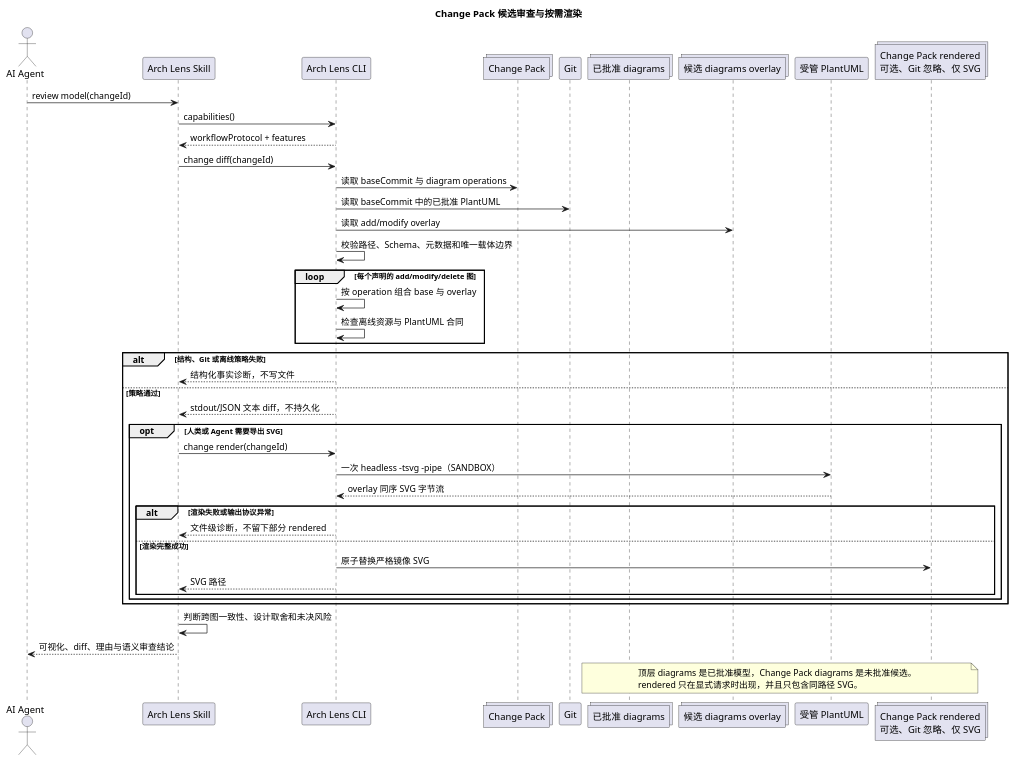
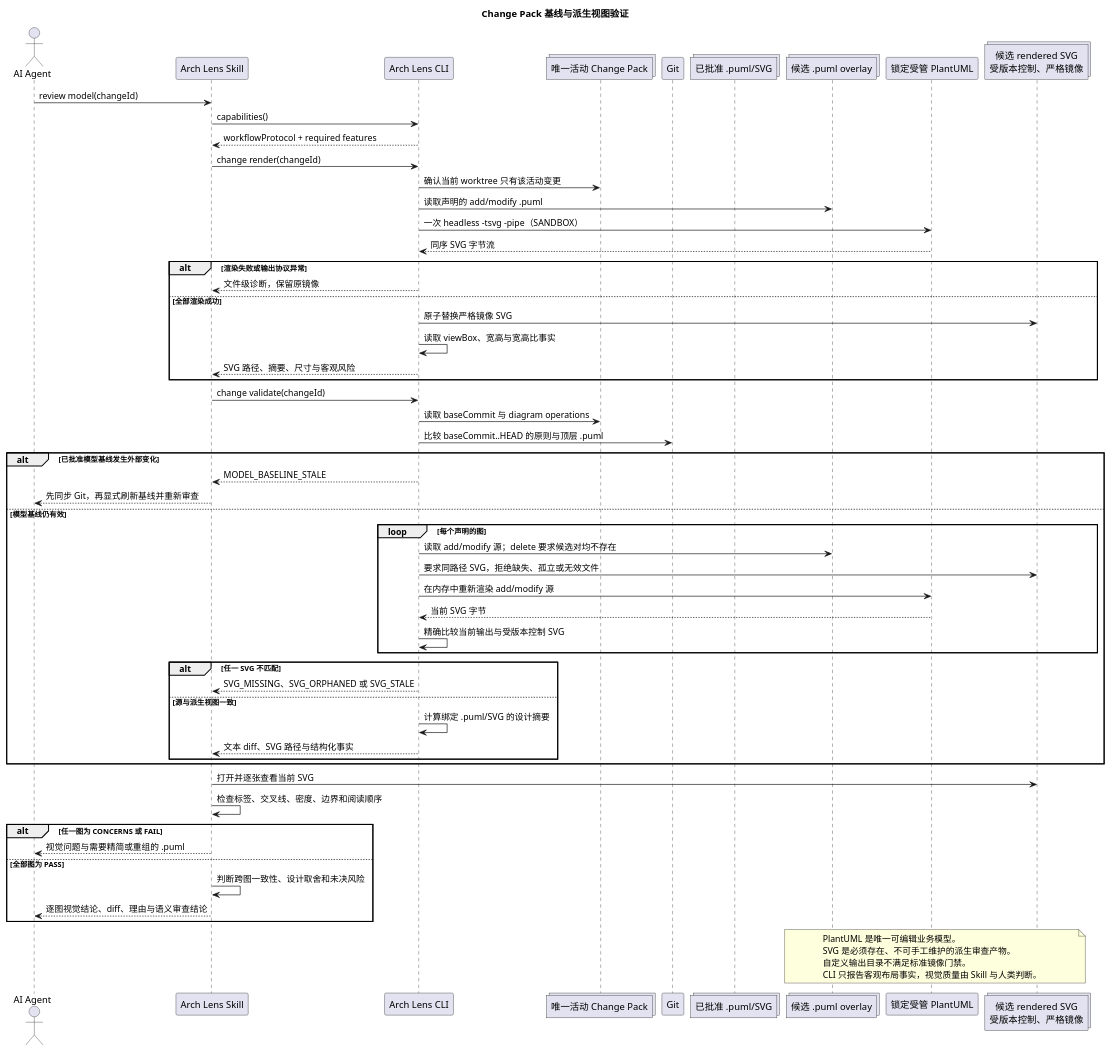
One commit to spec-alchemy/arch-lens changed the diagram in .arch-lens/diagrams/check-and-render.sequence.puml. Above: the diagram before and after it, drawn with PlantUML. The commit also changed 8 other files, not shown here.

Commit message:
arch: approve isolated change workflow model

```diff
--- a/.arch-lens/diagrams/check-and-render.sequence.puml
+++ b/.arch-lens/diagrams/check-and-render.sequence.puml
@@ -1,55 +1,72 @@
 @startuml
 ' arch-lens: type=sequence
-' arch-lens: question=Change Pack 如何从已批准基线和候选 overlay 提供即时 diff 与可选 SVG 而不持久化第二份模型？
-title Change Pack 候选审查与按需渲染
+' arch-lens: question=CLI 如何证明候选 PlantUML 基于最新批准模型，并且受版本控制 SVG 是其锁定运行时的当前输出？
+title Change Pack 基线与派生视图验证
 
 actor "AI Agent" as Agent
 participant "Arch Lens Skill" as Skill
 participant "Arch Lens CLI" as CLI
-collections "Change Pack" as Change
+collections "唯一活动 Change Pack" as Change
 participant "Git" as Git
-collections "已批准 diagrams" as Approved
-collections "候选 diagrams overlay" as Candidate
-participant "受管 PlantUML" as PlantUML
-collections "Change Pack rendered\n可选、Git 忽略、仅 SVG" as Output
+collections "已批准 .puml/SVG" as Approved
+collections "候选 .puml overlay" as Candidate
+participant "锁定受管 PlantUML" as PlantUML
+collections "候选 rendered SVG\n受版本控制、严格镜像" as Output
 
 Agent -> Skill : review model(changeId)
 Skill -> CLI : capabilities()
-CLI --> Skill : workflowProtocol + features
-Skill -> CLI : change diff(changeId)
-CLI -> Change : 读取 baseCommit 与 diagram operations
-CLI -> Git : 读取 baseCommit 中的已批准 PlantUML
-CLI -> Candidate : 读取 add/modify overlay
-CLI -> CLI : 校验路径、Schema、元数据和唯一载体边界
+CLI --> Skill : workflowProtocol + required features
+Skill -> CLI : change render(changeId)
+CLI -> Change : 确认当前 worktree 只有该活动变更
+CLI -> Candidate : 读取声明的 add/modify .puml
+CLI -> PlantUML : 一次 headless -tsvg -pipe（SANDBOX）
+PlantUML --> CLI : 同序 SVG 字节流
 
-loop 每个声明的 add/modify/delete 图
-  CLI -> CLI : 按 operation 组合 base 与 overlay
-  CLI -> CLI : 检查离线资源与 PlantUML 合同
+alt 渲染失败或输出协议异常
+  CLI --> Skill : 文件级诊断，保留原镜像
+else 全部渲染成功
+  CLI -> Output : 原子替换严格镜像 SVG
+  CLI -> CLI : 读取 viewBox、宽高与宽高比事实
+  CLI --> Skill : SVG 路径、摘要、尺寸与客观风险
 end
 
-alt 结构、Git 或离线策略失败
-  CLI --> Skill : 结构化事实诊断，不写文件
-else 策略通过
-  CLI --> Skill : stdout/JSON 文本 diff，不持久化
+Skill -> CLI : change validate(changeId)
+CLI -> Change : 读取 baseCommit 与 diagram operations
+CLI -> Git : 比较 baseCommit..HEAD 的原则与顶层 .puml
 
-  opt 人类或 Agent 需要导出 SVG
-    Skill -> CLI : change render(changeId)
-    CLI -> PlantUML : 一次 headless -tsvg -pipe（SANDBOX）
-    PlantUML --> CLI : overlay 同序 SVG 字节流
-    alt 渲染失败或输出协议异常
-      CLI --> Skill : 文件级诊断，不留下部分 rendered
-    else 渲染完整成功
-      CLI -> Output : 原子替换严格镜像 SVG
-      CLI --> Skill : SVG 路径
-    end
+alt 已批准模型基线发生外部变化
+  CLI --> Skill : MODEL_BASELINE_STALE
+  Skill --> Agent : 先同步 Git，再显式刷新基线并重新审查
+else 模型基线仍有效
+  loop 每个声明的图
+    CLI -> Candidate : 读取 add/modify 源；delete 要求候选对均不存在
+    CLI -> Output : 要求同路径 SVG，拒绝缺失、孤立或无效文件
+    CLI -> PlantUML : 在内存中重新渲染 add/modify 源
+    PlantUML --> CLI : 当前 SVG 字节
+    CLI -> CLI : 精确比较当前输出与受版本控制 SVG
+  end
+
+  alt 任一 SVG 不匹配
+    CLI --> Skill : SVG_MISSING、SVG_ORPHANED 或 SVG_STALE
+  else 源与派生视图一致
+    CLI -> CLI : 计算绑定 .puml/SVG 的设计摘要
+    CLI --> Skill : 文本 diff、SVG 路径与结构化事实
   end
 end
 
-Skill -> Skill : 判断跨图一致性、设计取舍和未决风险
-Skill --> Agent : 可视化、diff、理由与语义审查结论
+Skill -> Output : 打开并逐张查看当前 SVG
+Skill -> Skill : 检查标签、交叉线、密度、边界和阅读顺序
+alt 任一图为 CONCERNS 或 FAIL
+  Skill --> Agent : 视觉问题与需要精简或重组的 .puml
+else 全部图为 PASS
+  Skill -> Skill : 判断跨图一致性、设计取舍和未决风险
+  Skill --> Agent : 逐图视觉结论、diff、理由与语义审查结论
+end
 
-note over Approved,Output
-  顶层 diagrams 是已批准模型，Change Pack diagrams 是未批准候选。
-  rendered 只在显式请求时出现，并且只包含同路径 SVG。
+note over Candidate,Output
+  PlantUML 是唯一可编辑业务模型。
+  SVG 是必须存在、不可手工维护的派生审查产物。
+  自定义输出目录不满足标准镜像门禁。
+  CLI 只报告客观布局事实，视觉质量由 Skill 与人类判断。
 end note
 @enduml
```
